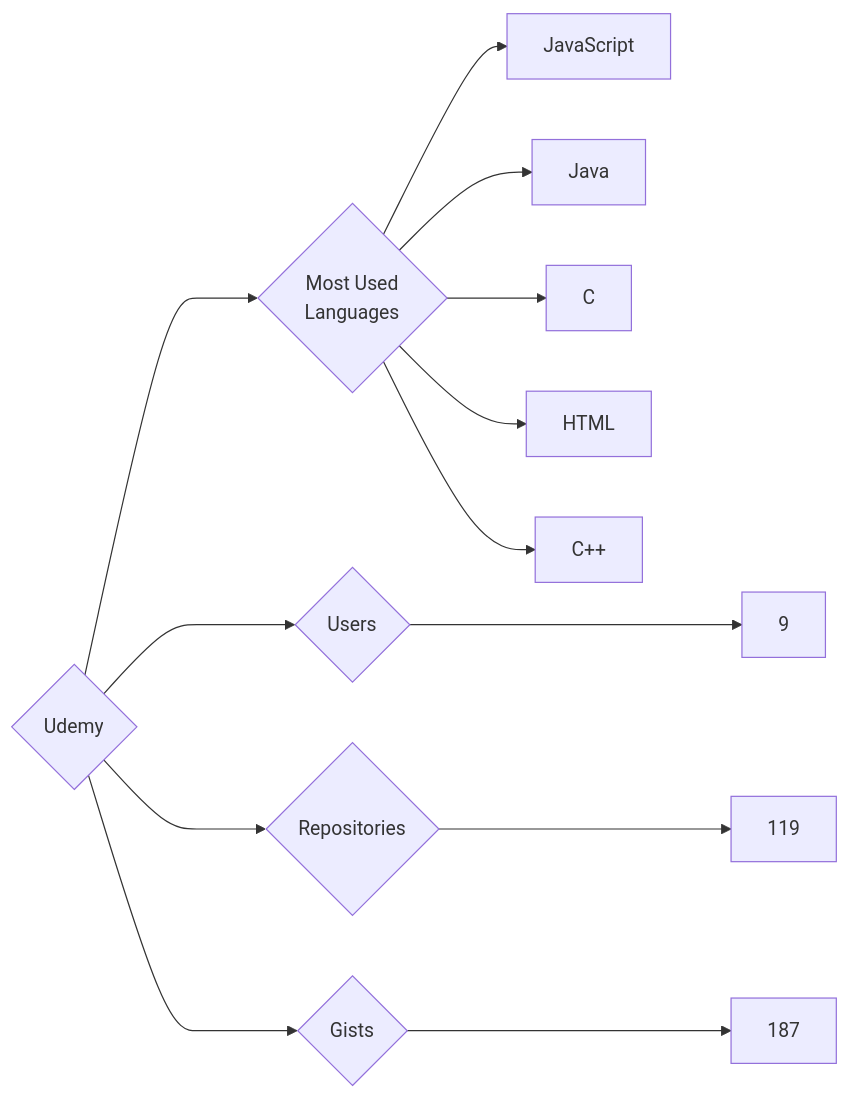
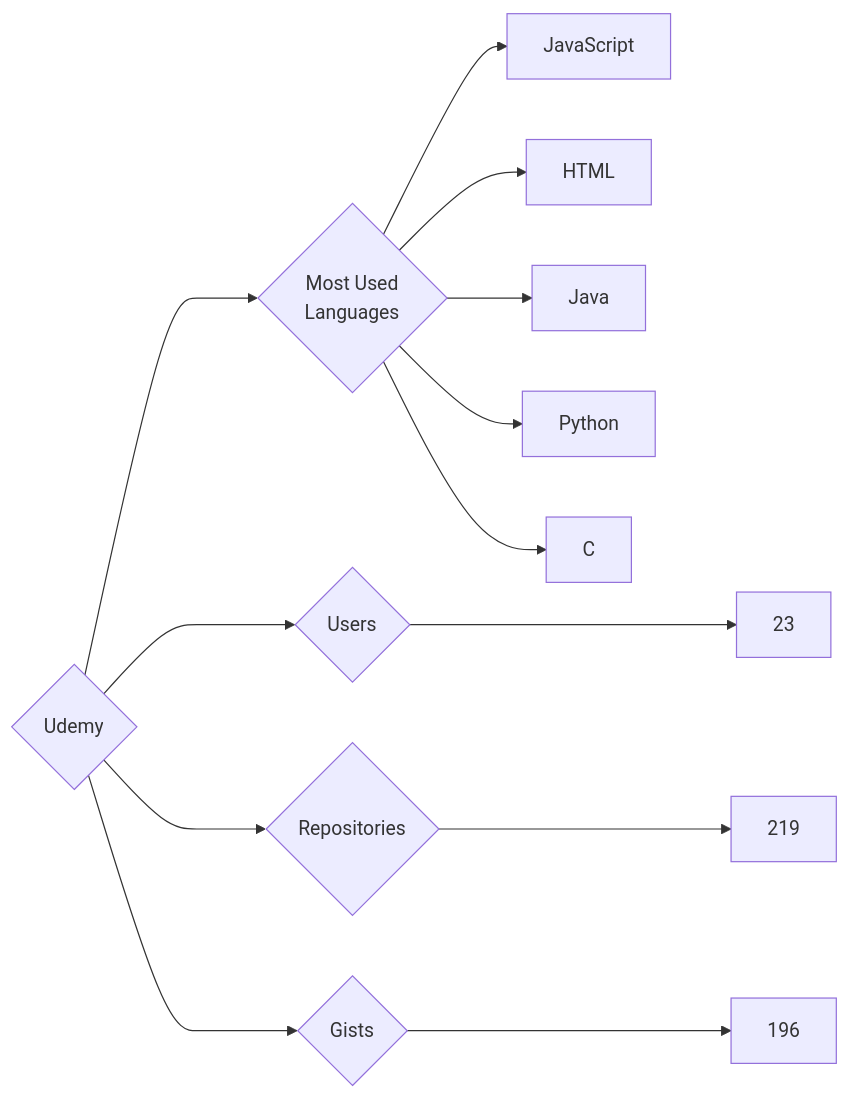
One commit to trickest/insiders changed the diagram in targets/Udemy/README.md. Above: the diagram before and after it, drawn with Mermaid. The commit also changed 940 other files, not shown here.

````diff
--- a/targets/Udemy/README.md
+++ b/targets/Udemy/README.md
@@ -3,13 +3,13 @@
 ```mermaid
 graph LR
 COMPANY_NAME{Udemy}
-COMPANY_NAME ---> U{Users} ---> UN[9]
-COMPANY_NAME ---> R{Repositories} ---> RN[119]
-COMPANY_NAME ---> G{Gists} ---> GN[187]
+COMPANY_NAME ---> U{Users} ---> UN[23]
+COMPANY_NAME ---> R{Repositories} ---> RN[219]
+COMPANY_NAME ---> G{Gists} ---> GN[196]
 COMPANY_NAME ---> ML{Most Used<br>Languages}
 ML --> JavaScript[JavaScript]
+ML --> HTML[HTML]
 ML --> Java[Java]
+ML --> Python[Python]
 ML --> C[C]
-ML --> HTML[HTML]
-ML --> C++[C++]
 ```
````
